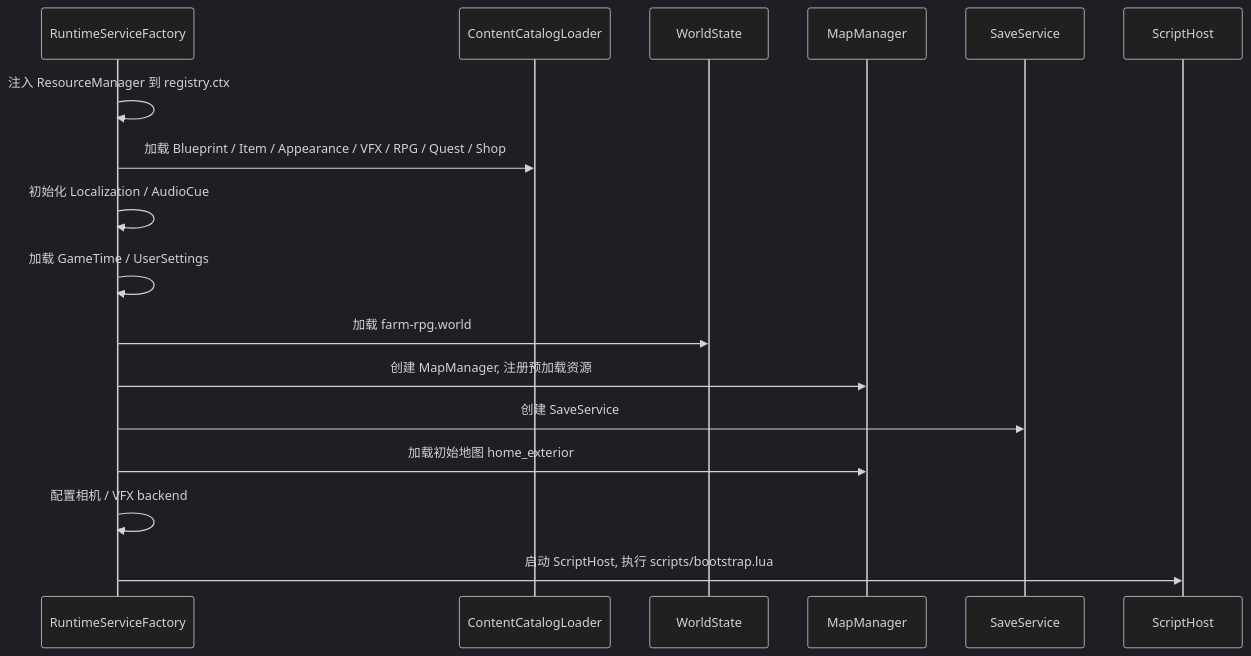
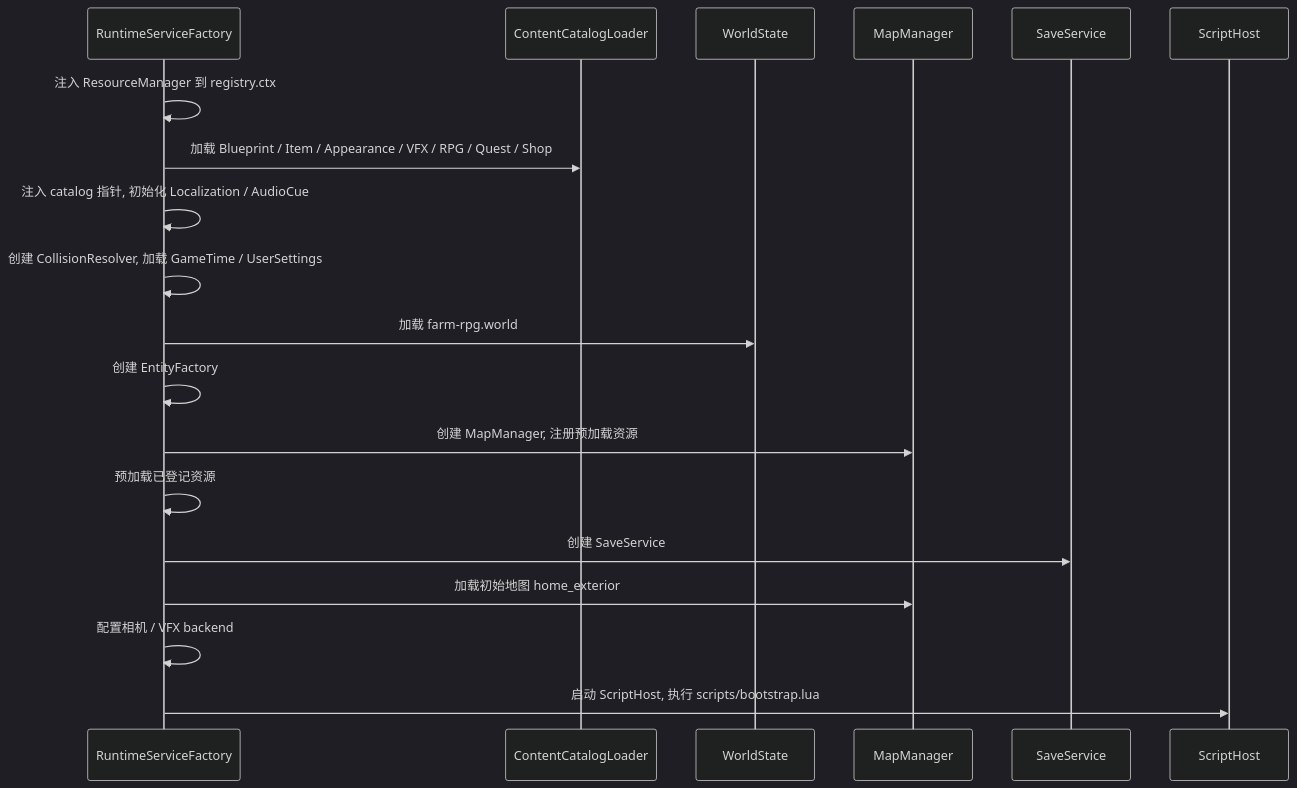
One commit to WispSnow/TinyFarmRPG changed the fourth of 5 diagrams in lecture_plans/lectures/01-游戏架构设计.md. Above: the diagram before and after it, drawn with Mermaid (dark theme). The commit also changed other lines of this file and 3 other files, not shown here.

````diff
--- a/lecture_plans/lectures/01-游戏架构设计.md
+++ b/lecture_plans/lectures/01-游戏架构设计.md
@@ -124,20 +124,22 @@
 ```mermaid
 sequenceDiagram
     participant RF as RuntimeServiceFactory
     participant CL as ContentCatalogLoader
     participant WS as WorldState
     participant MM as MapManager
     participant SS as SaveService
     participant SH as ScriptHost
 
     RF->>RF: 注入 ResourceManager 到 registry.ctx
     RF->>CL: 加载 Blueprint / Item / Appearance / VFX / RPG / Quest / Shop
-    RF->>RF: 初始化 Localization / AudioCue
-    RF->>RF: 加载 GameTime / UserSettings
+    RF->>RF: 注入 catalog 指针, 初始化 Localization / AudioCue
+    RF->>RF: 创建 CollisionResolver, 加载 GameTime / UserSettings
     RF->>WS: 加载 farm-rpg.world
+    RF->>RF: 创建 EntityFactory
     RF->>MM: 创建 MapManager, 注册预加载资源
+    RF->>RF: 预加载已登记资源
     RF->>SS: 创建 SaveService
     RF->>MM: 加载初始地图 home_exterior
     RF->>RF: 配置相机 / VFX backend
     RF->>SH: 启动 ScriptHost, 执行 scripts/bootstrap.lua
 ```
````
